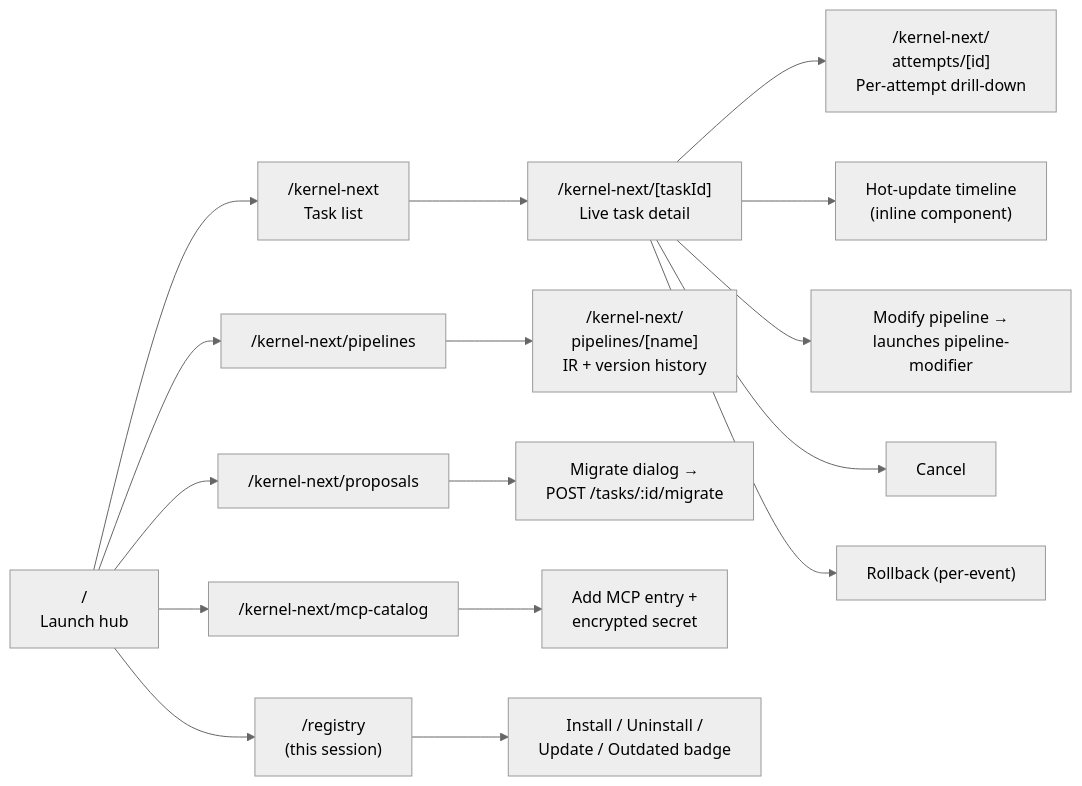
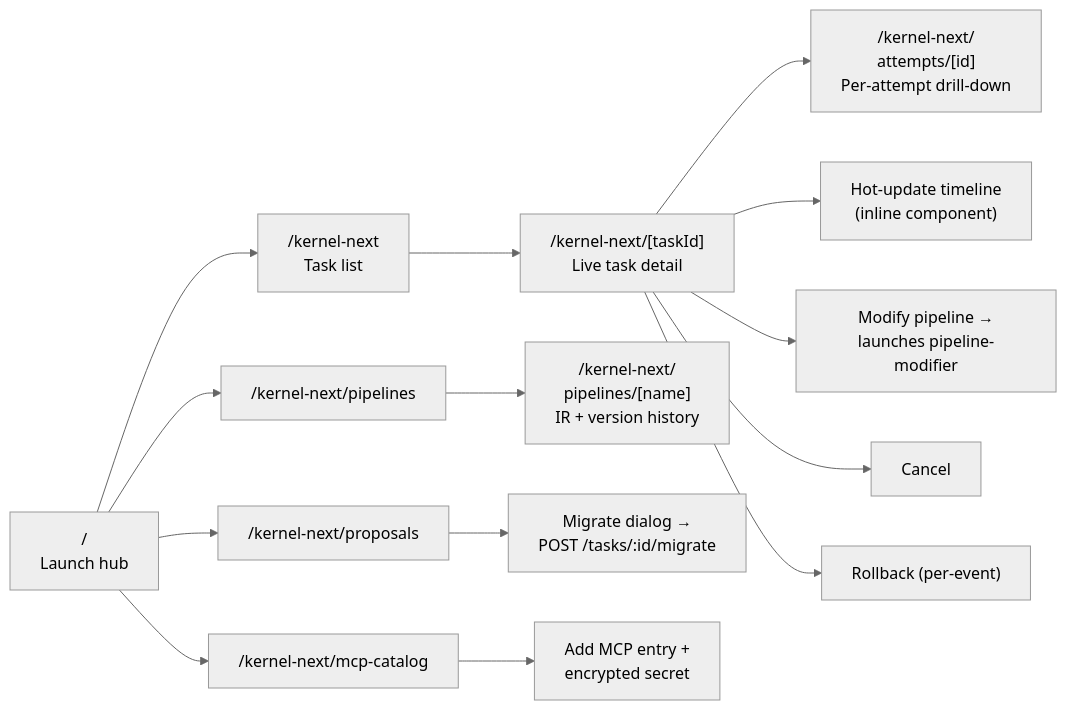
One commit to ymh357/workflow-control changed the ninth of 14 diagrams in docs/whitepaper-visuals.md. Above: the diagram before and after it, drawn with Mermaid (neutral theme). The commit also changed other lines of this file and 86 other files, not shown here.

````diff
--- a/docs/whitepaper-visuals.md
+++ b/docs/whitepaper-visuals.md
@@ -376,25 +368,22 @@
 ```mermaid
 flowchart LR
   ROOT["/<br/>Launch hub"] --> TASKS
   TASKS["/kernel-next<br/>Task list"] --> TASK
   TASK["/kernel-next/[taskId]<br/>Live task detail"] --> ATTEMPT
   TASK --> AUDIT
   TASK --> MOD["Modify pipeline →<br/>launches pipeline-modifier"]
   TASK --> CXL["Cancel"]
   TASK --> RBK["Rollback (per-event)"]
 
   ATTEMPT["/kernel-next/<br/>attempts/[id]<br/>Per-attempt drill-down"]
   AUDIT["Hot-update timeline<br/>(inline component)"]
 
   ROOT --> PIPES["/kernel-next/pipelines"]
   PIPES --> PIPE["/kernel-next/<br/>pipelines/[name]<br/>IR + version history"]
 
   ROOT --> PROPS["/kernel-next/proposals"]
   PROPS --> MIGRATE["Migrate dialog →<br/>POST /tasks/:id/migrate"]
 
   ROOT --> CAT["/kernel-next/mcp-catalog"]
   CAT --> SECRET["Add MCP entry +<br/>encrypted secret"]
-
-  ROOT --> REG["/registry<br/>(this session)"]
-  REG --> INSTALL["Install / Uninstall /<br/>Update / Outdated badge"]
 ```
````
